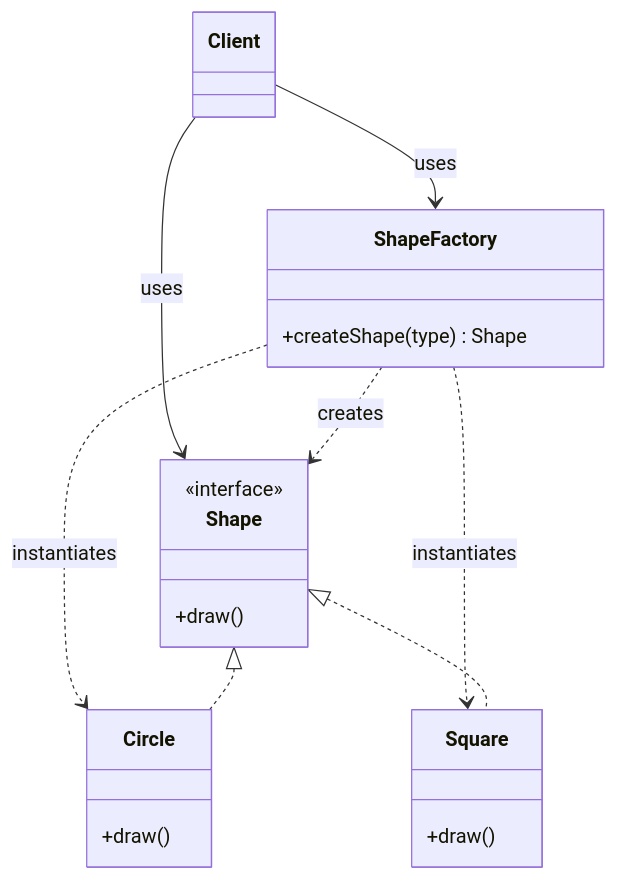
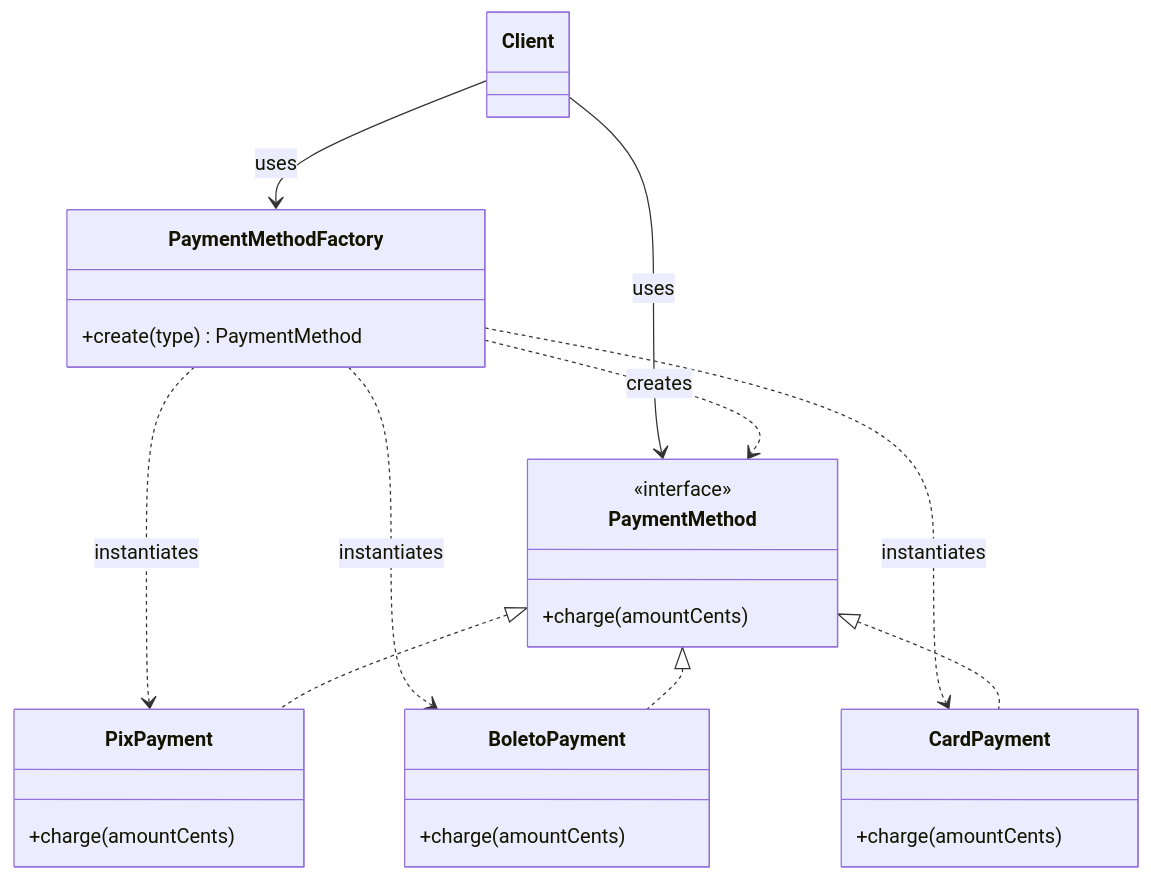
One commit to alancesar/design-patterns changed the diagram in i18n/en/docusaurus-plugin-content-docs/current/coding/gof/creational/factory.md. Above: the diagram before and after it, drawn with Mermaid. The commit also changed other lines of this file and 53 other files, not shown here.

````diff
--- a/i18n/en/docusaurus-plugin-content-docs/current/coding/gof/creational/factory.md
+++ b/i18n/en/docusaurus-plugin-content-docs/current/coding/gof/creational/factory.md
@@ -60,24 +60,29 @@
 ```mermaid
 classDiagram
     class Client
-    class ShapeFactory {
-        +createShape(type) Shape
+    class PaymentMethodFactory {
+        +create(type) PaymentMethod
     }
-    class Shape {
+    class PaymentMethod {
         <<interface>>
-        +draw()
+        +charge(amountCents)
     }
-    class Circle {
-        +draw()
+    class PixPayment {
+        +charge(amountCents)
     }
-    class Square {
-        +draw()
+    class BoletoPayment {
+        +charge(amountCents)
     }
-    Client --> ShapeFactory : uses
-    Client --> Shape : uses
-    ShapeFactory ..> Shape : creates
-    ShapeFactory ..> Circle : instantiates
-    ShapeFactory ..> Square : instantiates
-    Shape <|.. Circle
-    Shape <|.. Square
+    class CardPayment {
+        +charge(amountCents)
+    }
+    Client --> PaymentMethodFactory : uses
+    Client --> PaymentMethod : uses
+    PaymentMethodFactory ..> PaymentMethod : creates
+    PaymentMethodFactory ..> PixPayment : instantiates
+    PaymentMethodFactory ..> BoletoPayment : instantiates
+    PaymentMethodFactory ..> CardPayment : instantiates
+    PaymentMethod <|.. PixPayment
+    PaymentMethod <|.. BoletoPayment
+    PaymentMethod <|.. CardPayment
 ```
````
